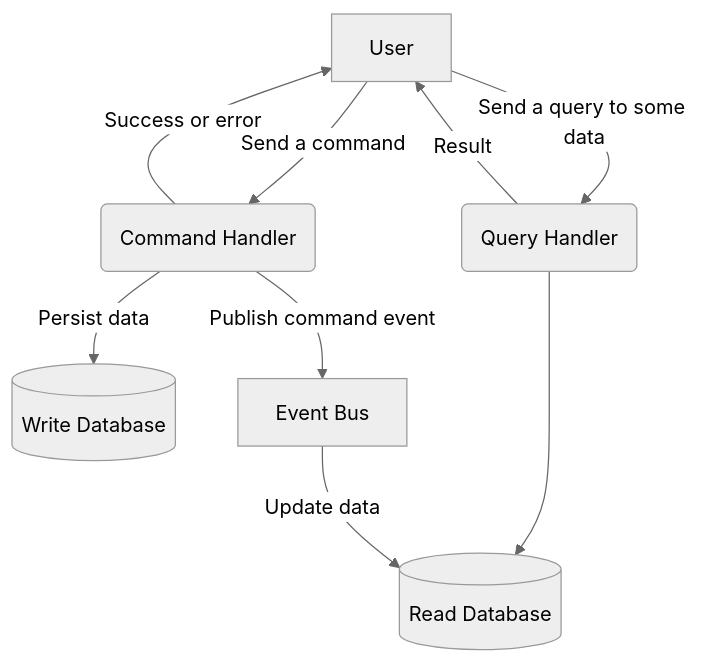
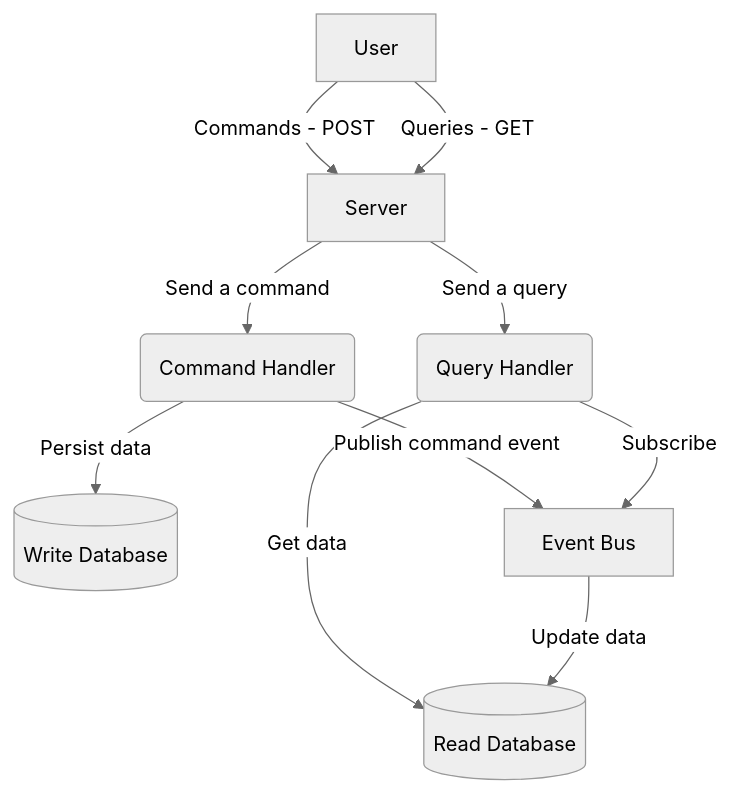
Before and after one commit to Luisgustavom1/microservices-study: the diagram in cqrs/README.md, drawn with Mermaid (neutral theme).

````diff
--- a/cqrs/README.md
+++ b/cqrs/README.md
@@ -2,18 +2,17 @@
 ```mermaid
 graph TD
-    User[User] --> |Send a command| CommandHandler
-    CommandHandler -->|Success or error| User
+    User[User] --> |Commands - POST| App --> |Send a command| CommandHandler
     CommandHandler --> |Persist data| WriteDb
     CommandHandler --> |Publish command event| Queue
 
-    User --> |Send a query to some data| QueryHandler
-    QueryHandler --> ReadDb 
-    QueryHandler -->|"Result"| User
-    Queue --> |Update data| ReadDb
+    User --> |Queries - GET| App --> |Send a query| QueryHandler --> |Get data| ReadDb
+
+    QueryHandler --> |Subscribe| Queue --> |Update data| ReadDb
     
+    App[Server]
     CommandHandler(Command Handler)
     QueryHandler(Query Handler)
     ReadDb[(Read Database)]
     WriteDb[(Write Database)]
     Queue["Event Bus"]
 ```
````
